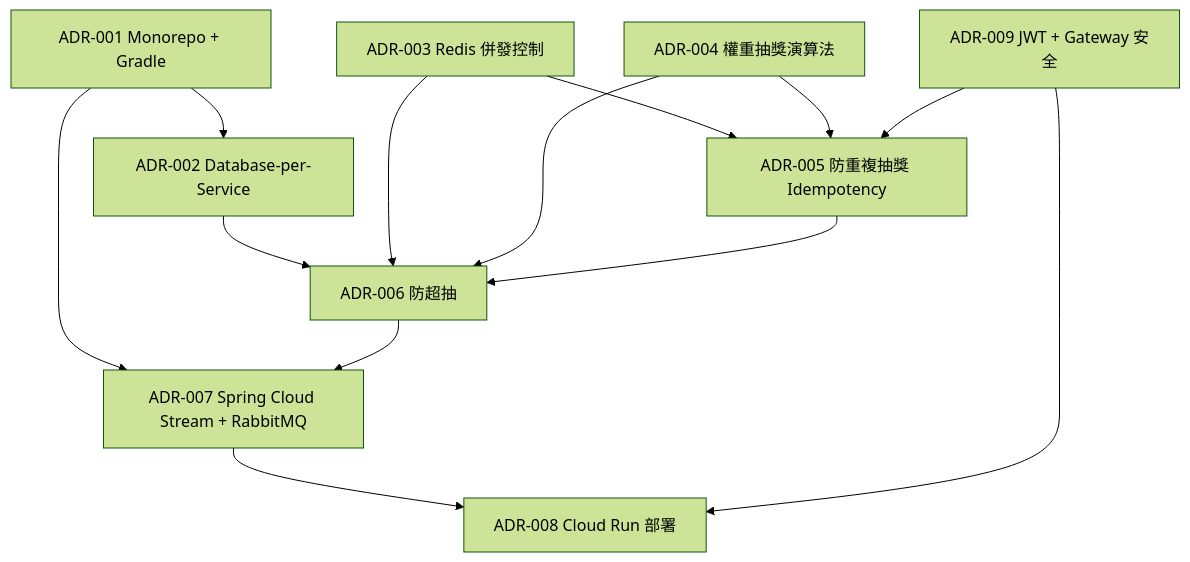
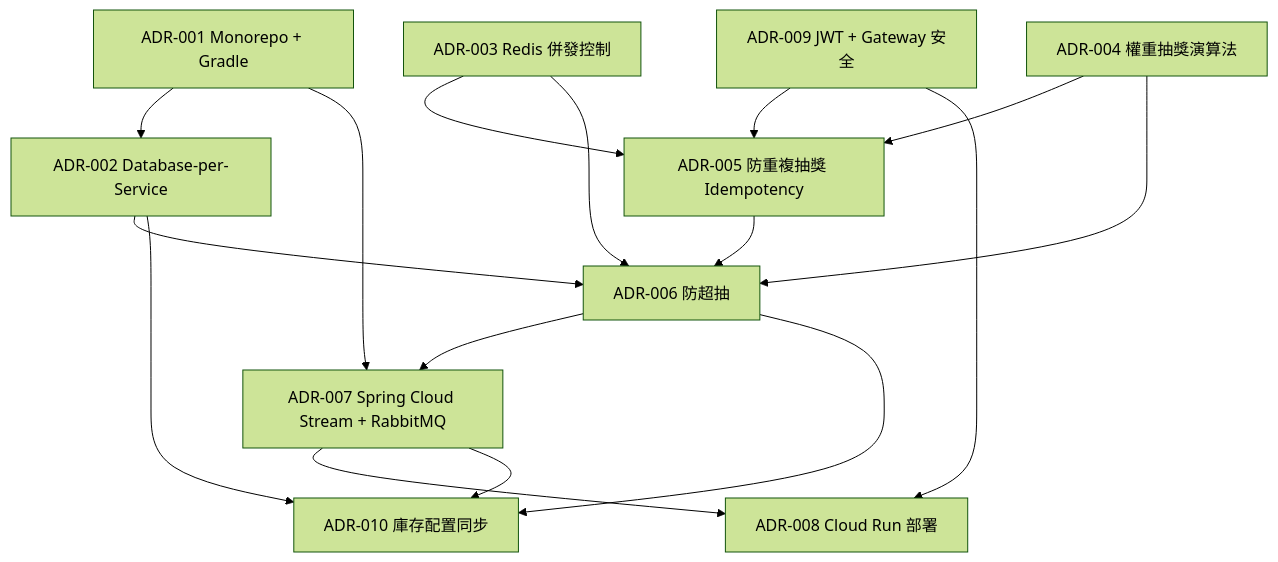
The diagram in docs/adr/README.md (jjyung/lucky-draw-system), drawn with Mermaid (forest theme) before and after one commit. The commit also changed other lines of this file and 4 other files, not shown here.

````diff
--- a/docs/adr/README.md
+++ b/docs/adr/README.md
@@ -21,25 +22,29 @@
 ```mermaid
 graph TD
     A1["ADR-001 Monorepo + Gradle"]
     A2["ADR-002 Database-per-Service"]
     A3["ADR-003 Redis 併發控制"]
     A4["ADR-004 權重抽獎演算法"]
     A5["ADR-005 防重複抽獎 Idempotency"]
     A6["ADR-006 防超抽"]
     A7["ADR-007 Spring Cloud Stream + RabbitMQ"]
     A8["ADR-008 Cloud Run 部署"]
     A9["ADR-009 JWT + Gateway 安全"]
+    A10["ADR-010 庫存配置同步"]
 
     A1 --> A2
     A1 --> A7
     A2 --> A6
     A3 --> A5
     A3 --> A6
     A4 --> A5
     A4 --> A6
     A5 --> A6
     A6 --> A7
     A7 --> A8
     A9 --> A5
     A9 --> A8
+    A2 --> A10
+    A6 --> A10
+    A7 --> A10
 ```
````
